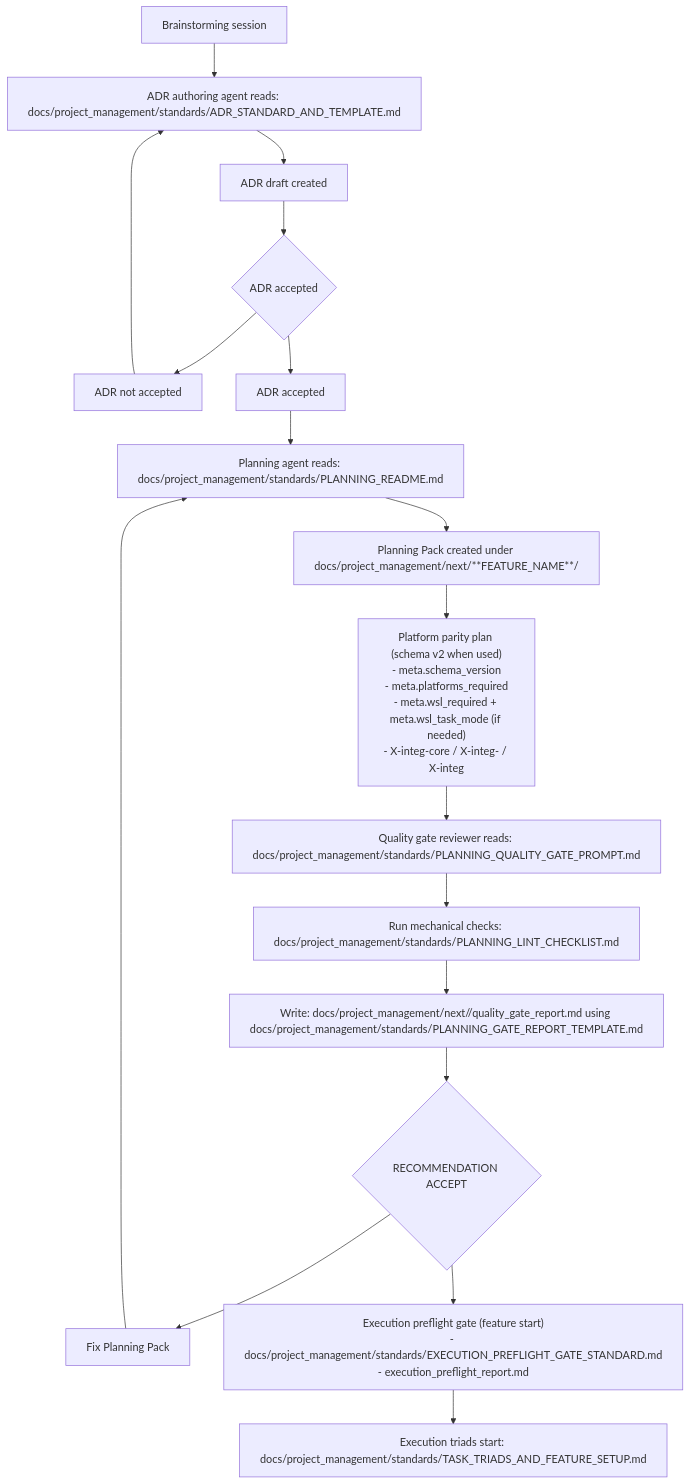
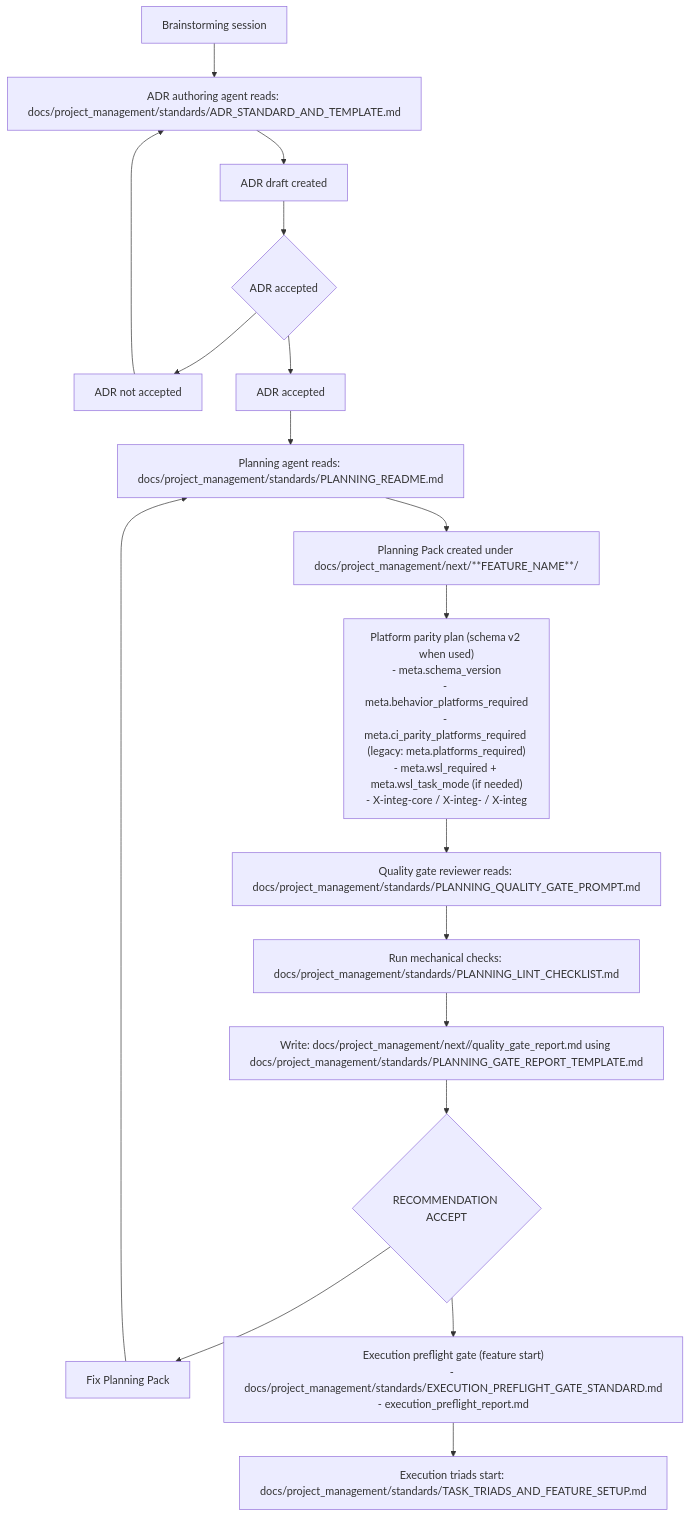
One commit to atomize-hq/substrate changed the diagram in docs/project_management/standards/PLANNING_WORKFLOW_OVERVIEW.md. Above: the diagram before and after it, drawn with Mermaid. The commit also changed 14 other files, not shown here.

Commit message:
docs(planning): clarify behavior vs ci parity scopes

````diff
--- a/docs/project_management/standards/PLANNING_WORKFLOW_OVERVIEW.md
+++ b/docs/project_management/standards/PLANNING_WORKFLOW_OVERVIEW.md
@@ -12,39 +12,39 @@
 ```mermaid
 flowchart TD
   A[Brainstorming session]
   B["ADR authoring agent reads: docs/project_management/standards/ADR_STANDARD_AND_TEMPLATE.md"]
   C[ADR draft created]
   D{ADR accepted}
   D_NO[ADR not accepted]
   D_YES[ADR accepted]
 
   P["Planning agent reads: docs/project_management/standards/PLANNING_README.md"]
   PACK[Planning Pack created under docs/project_management/next/**FEATURE_NAME**/]
-  PP["Platform parity plan (schema v2 when used)\n- meta.schema_version\n- meta.platforms_required\n- meta.wsl_required + meta.wsl_task_mode (if needed)\n- X-integ-core / X-integ-<platform> / X-integ"]
+  PP["Platform parity plan (schema v2 when used)\n- meta.schema_version\n- meta.behavior_platforms_required\n- meta.ci_parity_platforms_required (legacy: meta.platforms_required)\n- meta.wsl_required + meta.wsl_task_mode (if needed)\n- X-integ-core / X-integ-<platform> / X-integ"]
 
   Q["Quality gate reviewer reads: docs/project_management/standards/PLANNING_QUALITY_GATE_PROMPT.md"]
   LINT["Run mechanical checks: docs/project_management/standards/PLANNING_LINT_CHECKLIST.md"]
   REPORT["Write: docs/project_management/next/<feature>/quality_gate_report.md using docs/project_management/standards/PLANNING_GATE_REPORT_TEMPLATE.md"]
   GATE{RECOMMENDATION ACCEPT}
   GATE_NO[Fix Planning Pack]
   PREFLIGHT["Execution preflight gate (feature start)\n- docs/project_management/standards/EXECUTION_PREFLIGHT_GATE_STANDARD.md\n- execution_preflight_report.md"]
   GATE_YES["Execution triads start: docs/project_management/standards/TASK_TRIADS_AND_FEATURE_SETUP.md"]
 
   A --> B
   B --> C
   C --> D
   D --> D_NO
   D --> D_YES
   D_NO --> B
 
   D_YES --> P
   P --> PACK
   PACK --> PP
   PP --> Q
   Q --> LINT
   LINT --> REPORT
   REPORT --> GATE
   GATE --> GATE_NO
   GATE --> PREFLIGHT --> GATE_YES
   GATE_NO --> P
 ```
````
